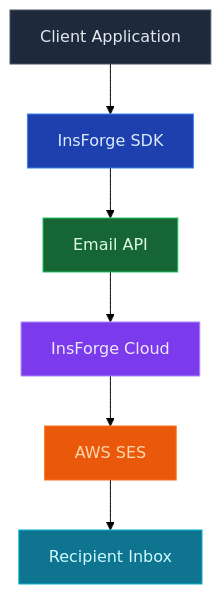
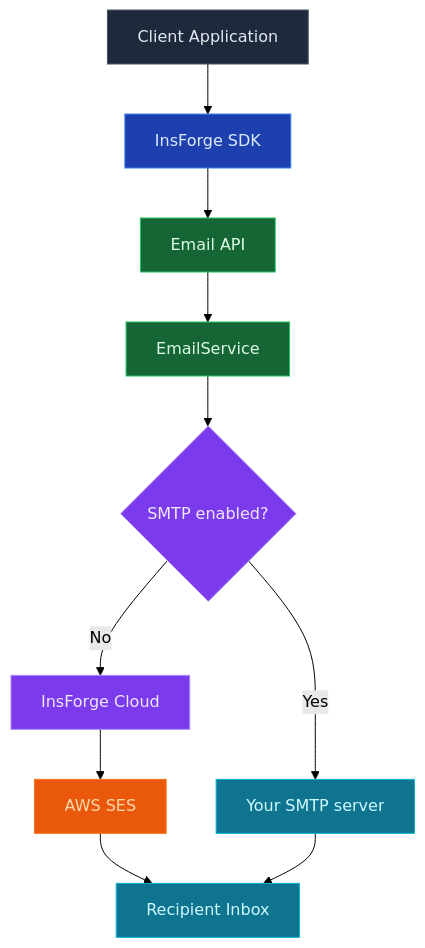
Before and after one commit to InsForge/InsForge: the first of 2 diagrams in docs/core-concepts/email/architecture.mdx, drawn with Mermaid (forest theme). The commit also changed other lines of this file and 4 other files, not shown here.

First line of the commit message:
docs(email): document Custom SMTP and editable email templates (#1145)

````diff
--- a/docs/core-concepts/email/architecture.mdx
+++ b/docs/core-concepts/email/architecture.mdx
@@ -16,15 +16,22 @@
 ```mermaid
 graph TB
     Client[Client Application] --> SDK[InsForge SDK]
     SDK --> API[Email API]
-    API --> Cloud[InsForge Cloud]
+    API --> Service[EmailService]
+    Service --> Decision{SMTP enabled?}
+    Decision -->|No| Cloud[InsForge Cloud]
     Cloud --> SES[AWS SES]
+    Decision -->|Yes| SMTP[Your SMTP server]
     SES --> Inbox[Recipient Inbox]
+    SMTP --> Inbox
 
     style Client fill:#1e293b,stroke:#475569,color:#e2e8f0
     style SDK fill:#1e40af,stroke:#3b82f6,color:#dbeafe
     style API fill:#166534,stroke:#22c55e,color:#dcfce7
+    style Service fill:#166534,stroke:#22c55e,color:#dcfce7
+    style Decision fill:#7c3aed,stroke:#a78bfa,color:#ede9fe
     style Cloud fill:#7c3aed,stroke:#a78bfa,color:#ede9fe
     style SES fill:#ea580c,stroke:#f97316,color:#fed7aa
+    style SMTP fill:#0e7490,stroke:#06b6d4,color:#cffafe
     style Inbox fill:#0e7490,stroke:#06b6d4,color:#cffafe
 ```
````
